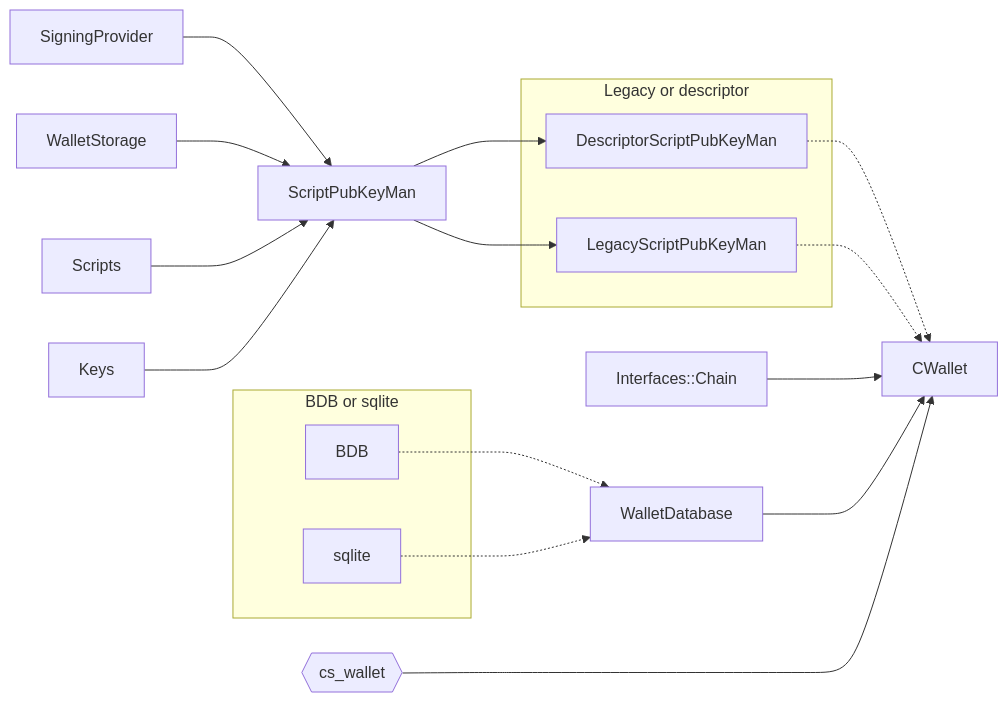
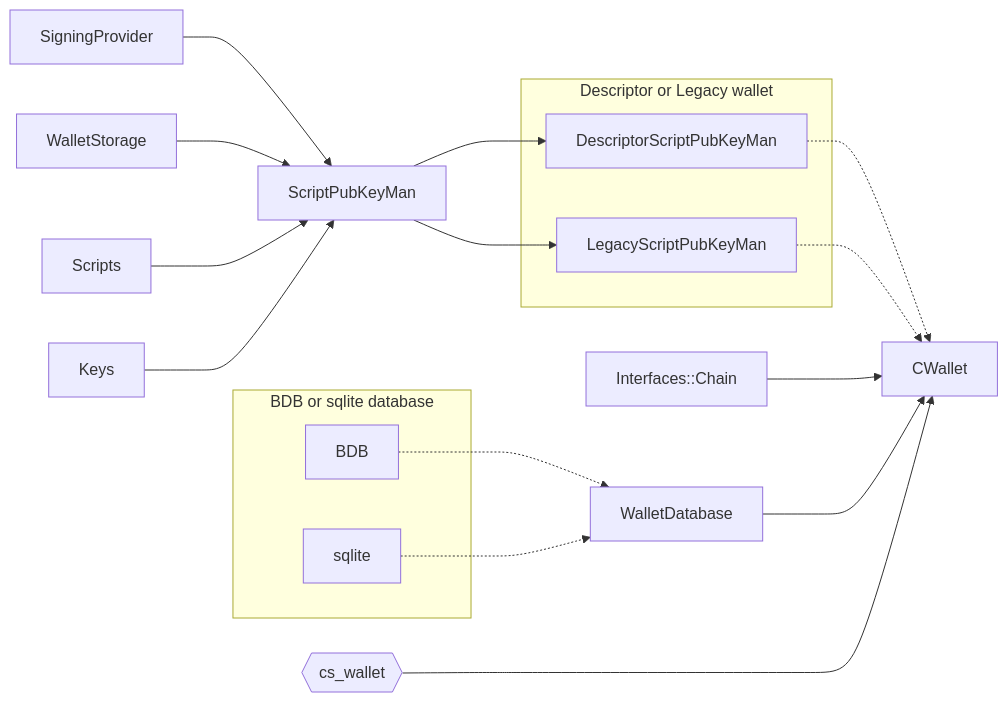
Before and after one commit to chaincodelabs/onboarding-to-bitcoin-core: the second of 5 diagrams in 02_architecture.adoc, drawn with Mermaid. The commit also changed other lines of this file and 2 other files, not shown here.

```diff
--- a/02_architecture.adoc
+++ b/02_architecture.adoc
@@ -81,27 +83,27 @@
 [mermaid, target=bitcoin-wallet-overview, format=svg]
 ....
 flowchart LR
     ScriptPubKeyMan --> DescriptorScriptPubKeyMan
     ScriptPubKeyMan --> LegacyScriptPubKeyMan
-    subgraph Legacy or descriptor
+    subgraph Descriptor or Legacy wallet
     DescriptorScriptPubKeyMan
     LegacyScriptPubKeyMan
     end
     DescriptorScriptPubKeyMan -.-> CWallet
     LegacyScriptPubKeyMan -.-> CWallet
     Interfaces::Chain --> CWallet
     WalletDatabase --> CWallet
     cs_wallet{{cs_wallet}} ---> CWallet
 
-    subgraph BDB or sqlite
+    subgraph BDB or sqlite database
     BDB
     sqlite
     end
     BDB -.-> WalletDatabase
     sqlite -.-> WalletDatabase
 
     SigningProvider --> ScriptPubKeyMan
     WalletStorage --> ScriptPubKeyMan
     Scripts --> ScriptPubKeyMan
     Keys --> ScriptPubKeyMan
 ....
```
